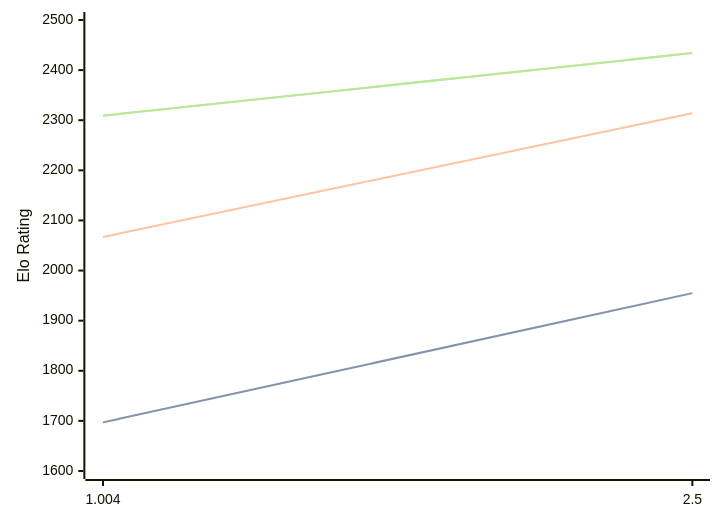
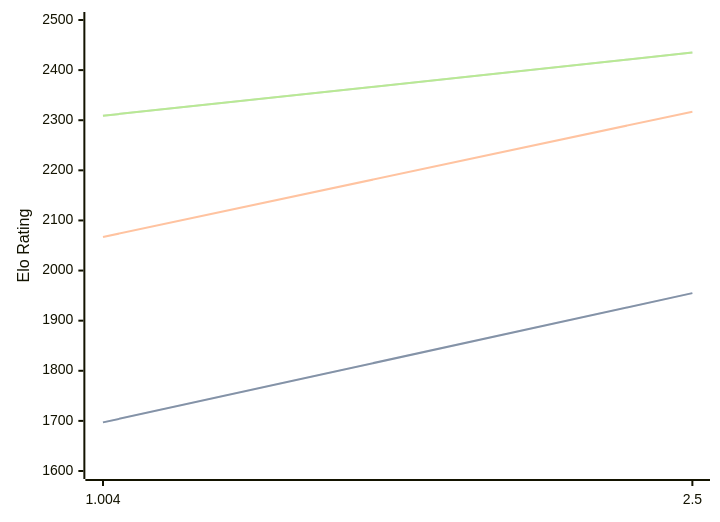
Before and after one commit to computer-chess-index/cci: the first of 3 diagrams in engines/Ares.md, drawn with Mermaid. The commit also changed other lines of this file, not shown here.

Commit message:
Update CCI Ratings (ELO VLTC) - 2026-07-07

````diff
--- a/engines/Ares.md
+++ b/engines/Ares.md
@@ -32,11 +32,11 @@
 ```mermaid
 %%{init: {"theme":"base","themeVariables":{"seriesColors:['#a3a3a3','#222221','#faa371']}}}%%
 xychart-beta
   x-axis ["1.004", "2.5"]
   y-axis "Elo Rating" 1600 --> 2500
   line "STC (8.0+0.08s)" [1697, 1955]
   line "STC (8.0+0.08s)" [1697, 1955]
-  line "LTC (60.0+0.60s)" [2067, 2314]
-  line "VLTC (2m24s+1.12s)" [2309, 2434]
-  line "VLTC (2m24s+1.12s)" [2309, 2434]
+  line "LTC (60.0+0.60s)" [2067, 2317]
+  line "VLTC (2m24s+1.12s)" [2309, 2435]
+  line "VLTC (2m24s+1.12s)" [2309, 2435]
 ```
````
